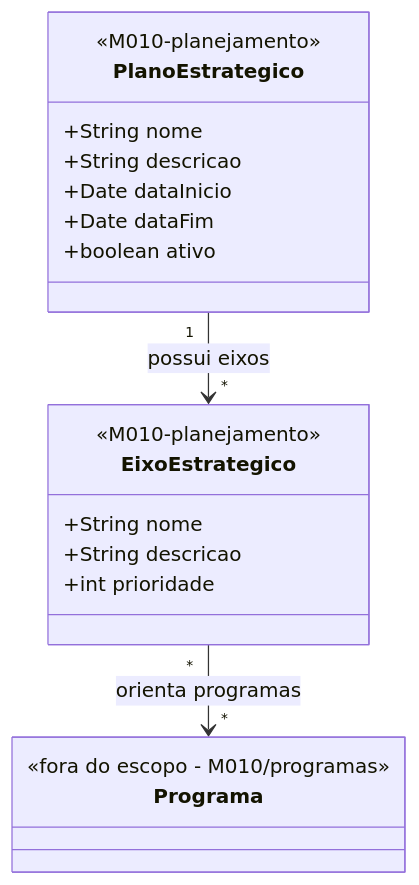
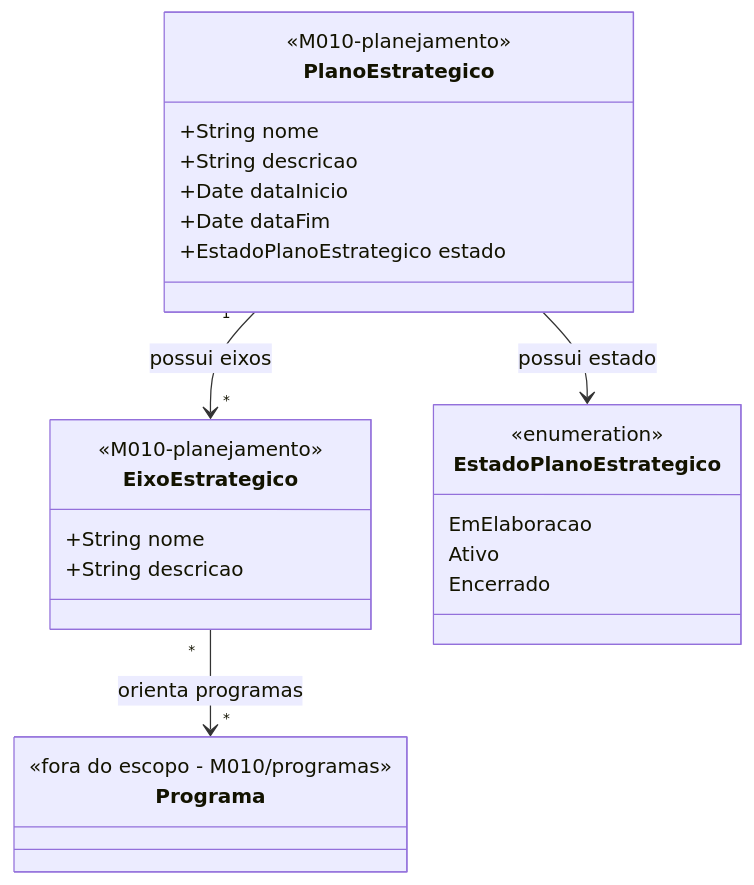
The diagram in docs/implementation/modules/M010-planejamento-estrategia/planejamento/modelo-estrutural.md (Czzped/conecta-fapes-teste), drawn with Mermaid before and after one commit. The commit also changed other lines of this file and 85 other files, not shown here.

````diff
--- a/docs/implementation/modules/M010-planejamento-estrategia/planejamento/modelo-estrutural.md
+++ b/docs/implementation/modules/M010-planejamento-estrategia/planejamento/modelo-estrutural.md
@@ -11,27 +11,34 @@
 ```mermaid
 classDiagram
     direction TB
 
     class PlanoEstrategico {
         <<M010-planejamento>>
         +String nome
         +String descricao
         +Date dataInicio
         +Date dataFim
-        +boolean ativo
+        +EstadoPlanoEstrategico estado
     }
 
     class EixoEstrategico {
         <<M010-planejamento>>
         +String nome
         +String descricao
-        +int prioridade
+    }
+
+    class EstadoPlanoEstrategico {
+        <<enumeration>>
+        EmElaboracao
+        Ativo
+        Encerrado
     }
 
     class Programa {
         <<fora do escopo - M010/programas>>
     }
 
     PlanoEstrategico "1" --> "*" EixoEstrategico : possui eixos
+    PlanoEstrategico --> EstadoPlanoEstrategico : possui estado
     EixoEstrategico "*" --> "*" Programa : orienta programas
 ```
````
